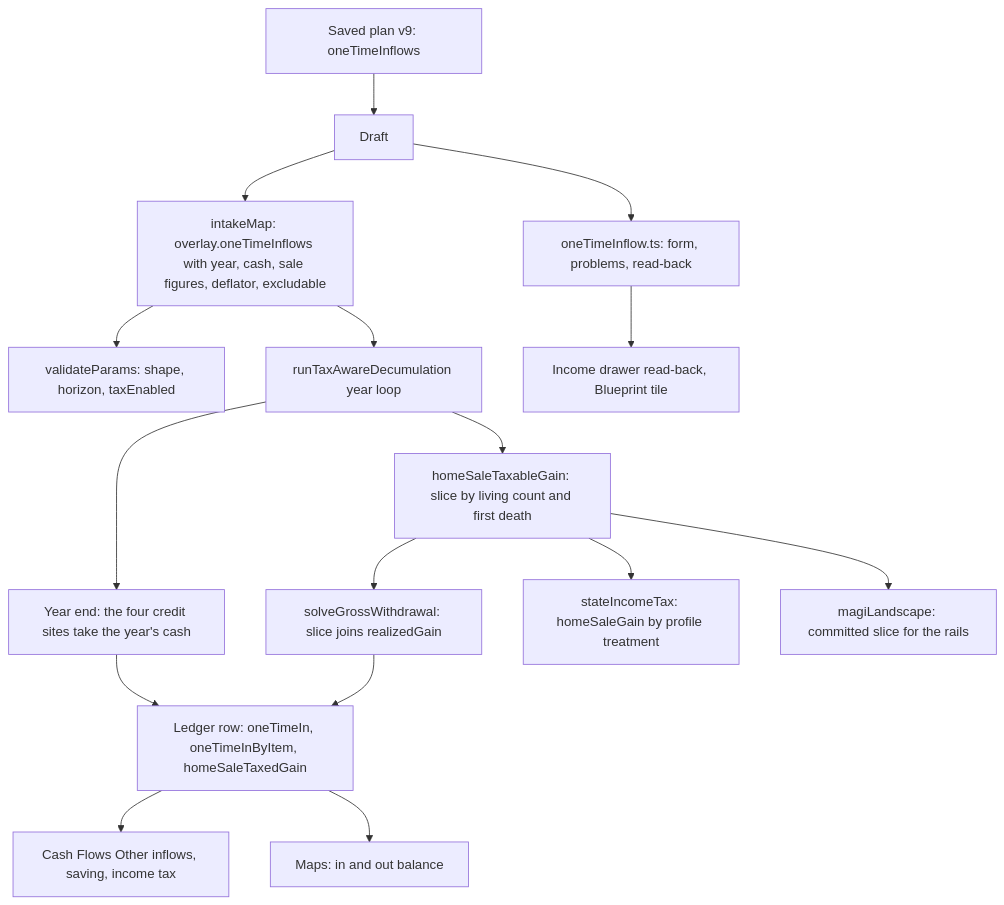
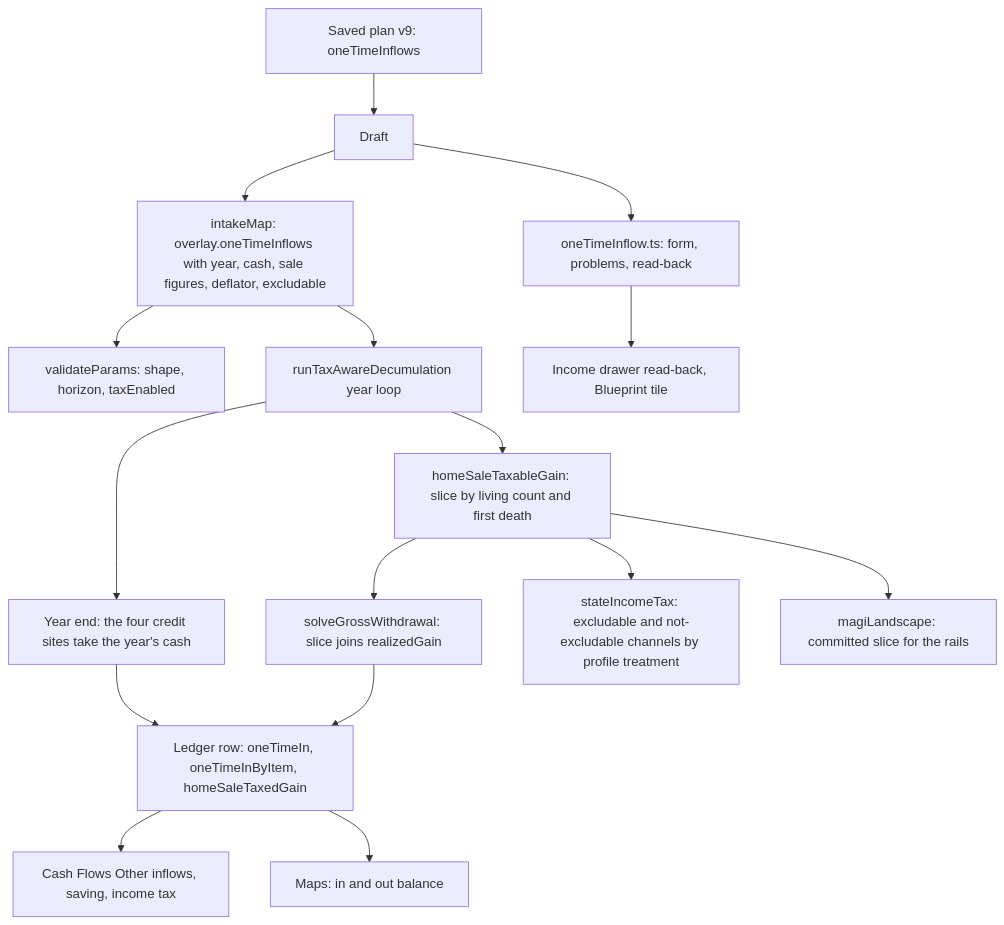
The diagram in projects/the-back-nine/docs/plans/features/one-time-money-in-build-spec.md (mbriggsy/ai-learning-journey), drawn with Mermaid before and after one commit. The commit also changed other lines of this file, not shown here.

````diff
--- a/projects/the-back-nine/docs/plans/features/one-time-money-in-build-spec.md
+++ b/projects/the-back-nine/docs/plans/features/one-time-money-in-build-spec.md
@@ -127,18 +132,18 @@
 ```mermaid
 flowchart TB
   S[Saved plan v9: oneTimeInflows] --> D[Draft]
   D --> F[oneTimeInflow.ts: form, problems, read-back]
   D --> P[intakeMap: overlay.oneTimeInflows with year, cash, sale figures, deflator, excludable]
   P --> V[validateParams: shape, horizon, taxEnabled]
   P --> E[runTaxAwareDecumulation year loop]
   E --> C[Year end: the four credit sites take the year's cash]
   E --> G[homeSaleTaxableGain: slice by living count and first death]
   G --> R[solveGrossWithdrawal: slice joins realizedGain]
-  G --> ST[stateIncomeTax: homeSaleGain by profile treatment]
+  G --> ST[stateIncomeTax: excludable and not-excludable channels by profile treatment]
   G --> L[magiLandscape: committed slice for the rails]
   C --> W[Ledger row: oneTimeIn, oneTimeInByItem, homeSaleTaxedGain]
   R --> W
   W --> CF[Cash Flows Other inflows, saving, income tax]
   W --> M[Maps: in and out balance]
   F --> UI[Income drawer read-back, Blueprint tile]
 ```
````
